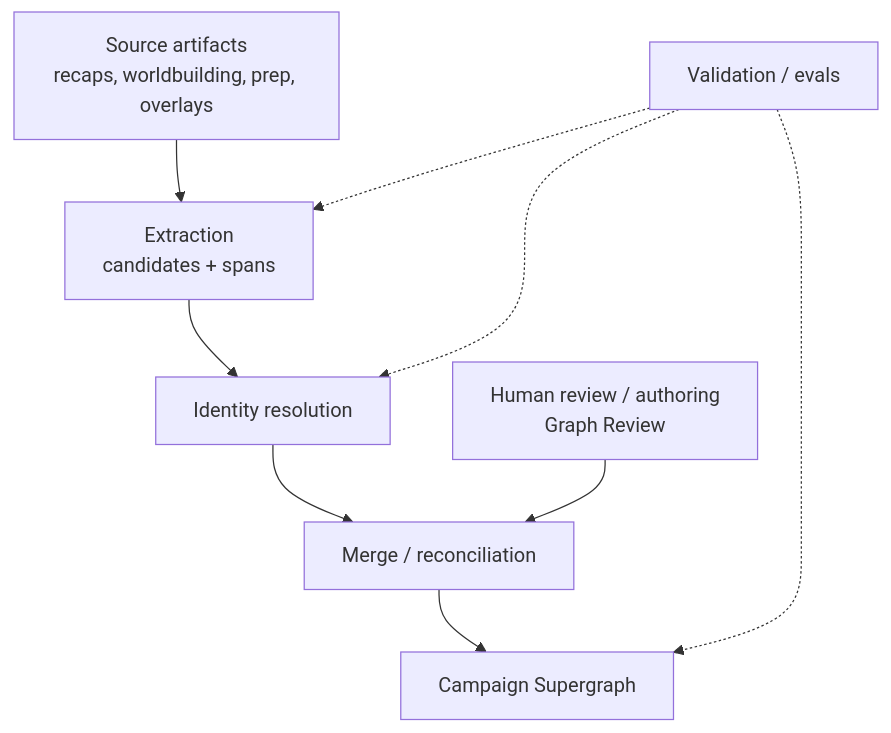
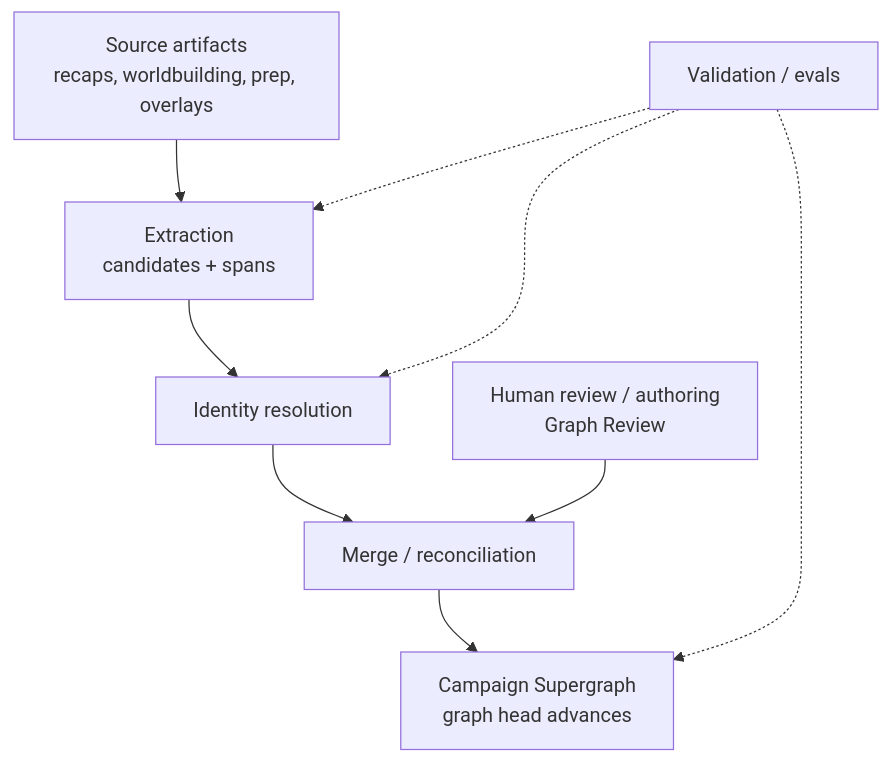
Before and after one commit to Drakosfire/DungeonMindBuddy: the first of 2 diagrams in Docs/Design/ARCHITECTURE-campaign-supergraph.md, drawn with Mermaid. The commit also changed other lines of this file and 4 other files, not shown here.

````diff
--- a/Docs/Design/ARCHITECTURE-campaign-supergraph.md
+++ b/Docs/Design/ARCHITECTURE-campaign-supergraph.md
@@ -155,11 +163,11 @@
 ```mermaid
 flowchart TD
   S[Source artifacts<br/>recaps, worldbuilding, prep, overlays] --> E[Extraction<br/>candidates + spans]
   E --> I[Identity resolution]
   I --> M[Merge / reconciliation]
-  M --> G[Campaign Supergraph]
+  M --> G[Campaign Supergraph<br/>graph head advances]
   R[Human review / authoring<br/>Graph Review] --> M
   V[Validation / evals] -.-> E
   V -.-> I
   V -.-> G
 ```
````
